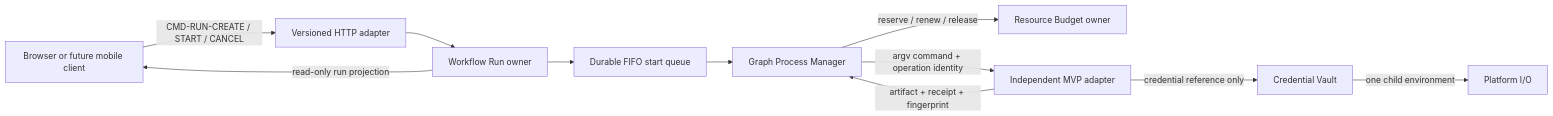
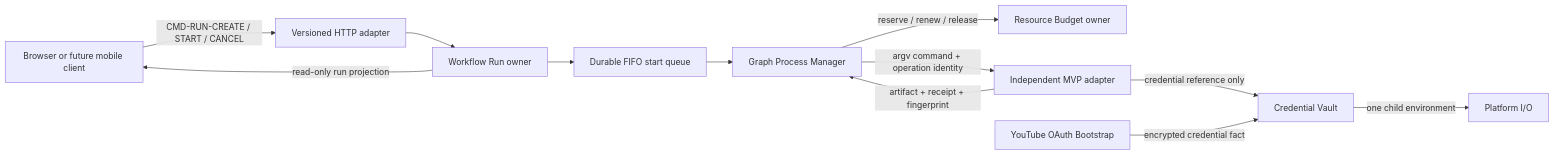
The first of 2 diagrams in docs/project/architecture/design/blueprints/video-graph-studio.md (wohuishuo/cc-video-pipeline), drawn with Mermaid before and after one commit. The commit also changed other lines of this file and 42 other files, not shown here.

Commit message:
feat: add YouTube OAuth bootstrap Graph

````diff
--- a/docs/project/architecture/design/blueprints/video-graph-studio.md
+++ b/docs/project/architecture/design/blueprints/video-graph-studio.md
@@ -15,13 +15,14 @@
 ```mermaid
 flowchart LR
     Client["Browser or future mobile client"] -->|"CMD-RUN-CREATE / START / CANCEL"| HTTP["Versioned HTTP adapter"]
     HTTP --> Run["Workflow Run owner"]
     Run --> Queue["Durable FIFO start queue"]
     Queue --> Process["Graph Process Manager"]
     Process -->|"reserve / renew / release"| Budget["Resource Budget owner"]
     Process -->|"argv command + operation identity"| MVP["Independent MVP adapter"]
     MVP -->|"credential reference only"| Vault["Credential Vault"]
     Vault -->|"one child environment"| Platform["Platform I/O"]
+    OAuth["YouTube OAuth Bootstrap"] -->|"encrypted credential fact"| Vault
     MVP -->|"artifact + receipt + fingerprint"| Process
     Run -->|"read-only run projection"| Client
 ```
````
